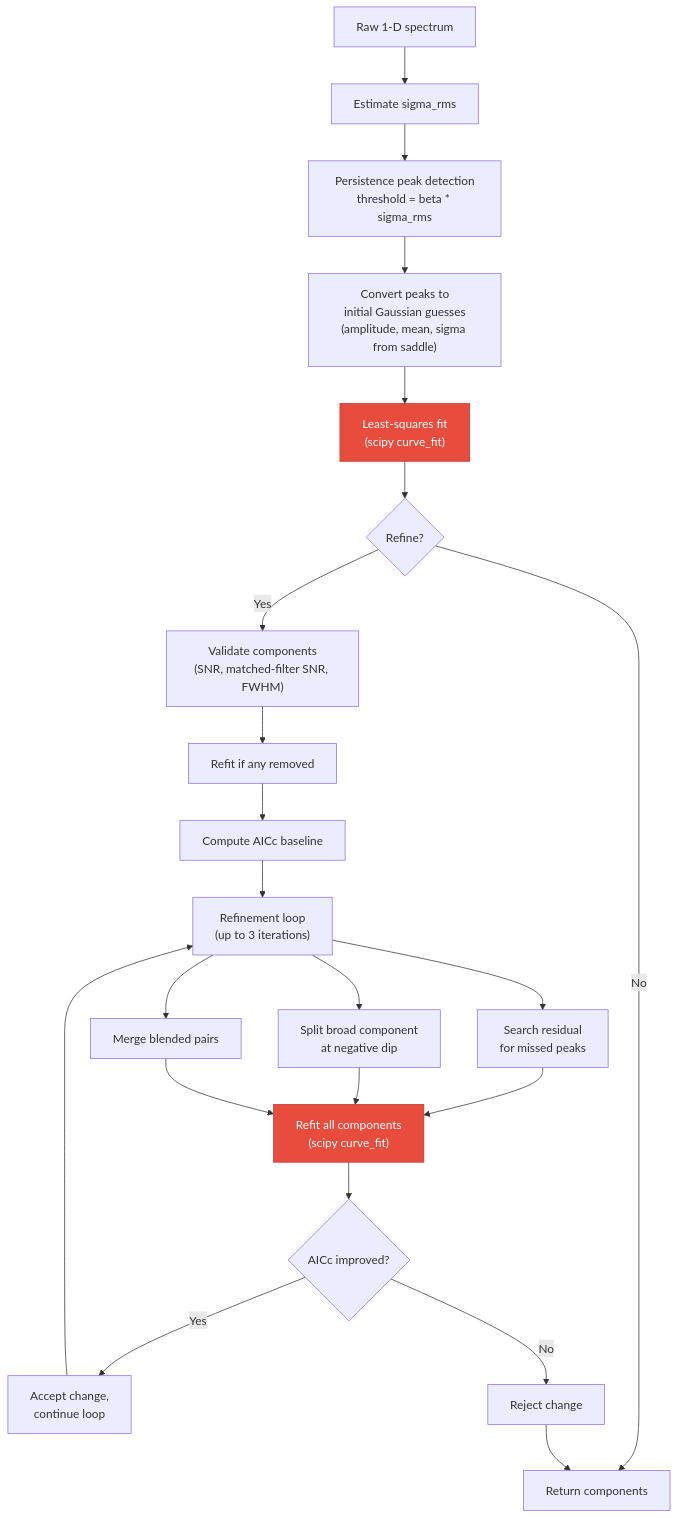
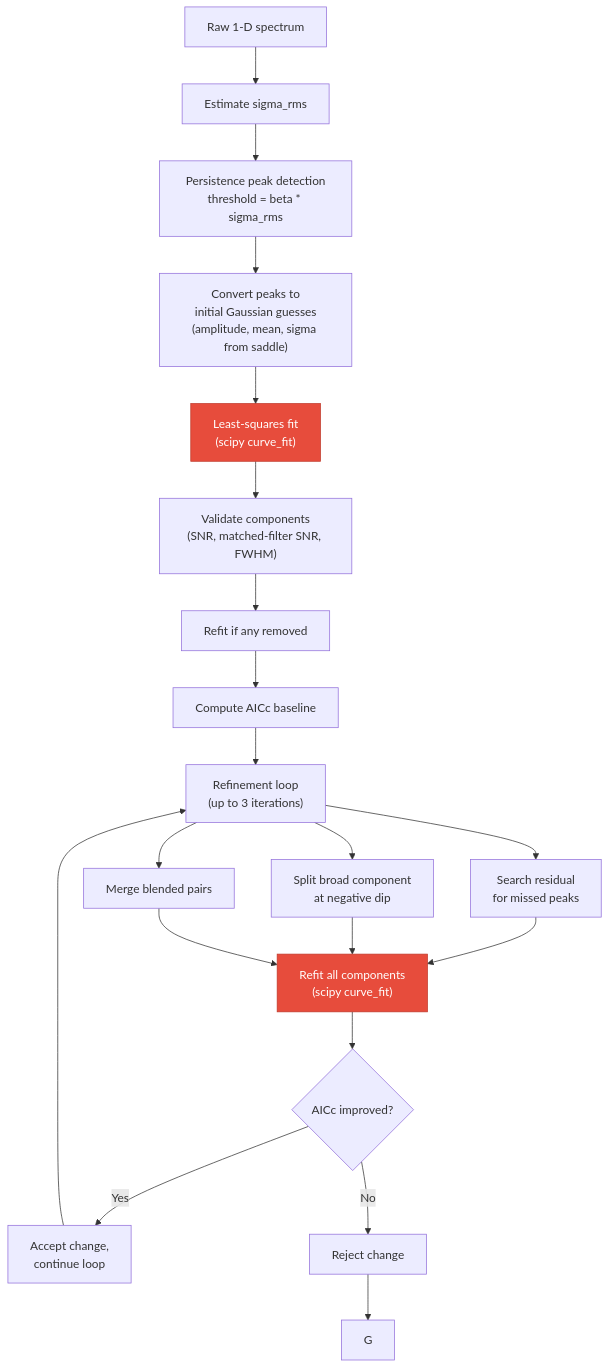
Before and after one commit to caverac/phspectra: the diagram in packages/docs/docs/idea-and-plan/persistent-homology-primer.md, drawn with Mermaid. The commit also changed other lines of this file and 18 other files, not shown here.

````diff
--- a/packages/docs/docs/idea-and-plan/persistent-homology-primer.md
+++ b/packages/docs/docs/idea-and-plan/persistent-homology-primer.md
@@ -134,25 +134,23 @@
 ```mermaid
 flowchart TD
     A["Raw 1-D spectrum"] --> B["Estimate sigma_rms"]
     B --> C["Persistence peak detection<br/>threshold = beta * sigma_rms"]
     C --> D["Convert peaks to<br/>initial Gaussian guesses<br/>(amplitude, mean, sigma from saddle)"]
     D --> E["Least-squares fit<br/>(scipy curve_fit)"]
-    E --> F{"Refine?"}
-    F -- No --> G["Return components"]
-    F -- Yes --> H["Validate components<br/>(SNR, matched-filter SNR, FWHM)"]
+    E --> H["Validate components<br/>(SNR, matched-filter SNR, FWHM)"]
     H --> I["Refit if any removed"]
     I --> J["Compute AICc baseline"]
     J --> K["Refinement loop<br/>(up to 3 iterations)"]
     K --> L["Search residual<br/>for missed peaks"]
     K --> M["Split broad component<br/>at negative dip"]
     K --> N["Merge blended pairs"]
     L & M & N --> R["Refit all components<br/>(scipy curve_fit)"]
     R --> Q{"AICc improved?"}
     Q -- Yes --> O["Accept change,<br/>continue loop"]
     Q -- No --> P["Reject change"]
     O --> K
     P --> G
 
     style E fill:#e74c3c,color:#fff,stroke:#c0392b
     style R fill:#e74c3c,color:#fff,stroke:#c0392b
 ```
````
